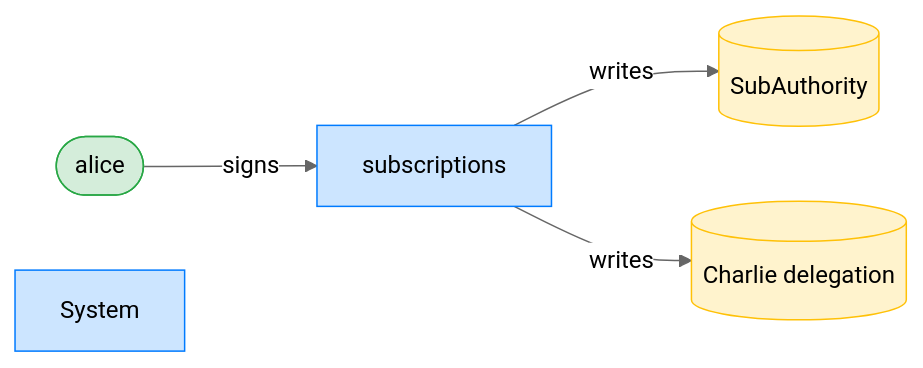
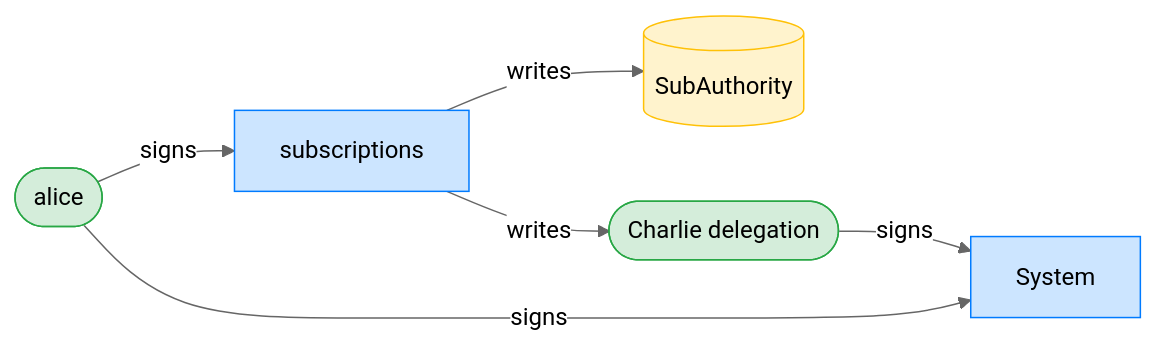
Diagram 11 of 24 in dsl_tests/closing-the-authority-blocks-all-delegations.md (cds-rs/subscriptions), drawn with Mermaid (neutral theme) before and after one commit. The commit also changed other lines of this file and 224 other files, not shown here.

````diff
--- a/dsl_tests/closing-the-authority-blocks-all-delegations.md
+++ b/dsl_tests/closing-the-authority-blocks-all-delegations.md
@@ -203,14 +212,16 @@
 ```mermaid
 flowchart LR
     classDef signer fill:#d4edda,stroke:#28a745;
     classDef program fill:#cce5ff,stroke:#007bff;
     classDef writable fill:#fff3cd,stroke:#ffc107;
     subscriptions[subscriptions]:::program
     alice([alice]):::signer
     SubAuthority[(SubAuthority)]:::writable
-    Charlie_delegation[("Charlie delegation")]:::writable
+    Charlie_delegation(["Charlie delegation"]):::signer
     System[System]:::program
     alice -->|signs| subscriptions
+    alice -->|signs| System
+    Charlie_delegation -->|signs| System
     subscriptions -->|writes| SubAuthority
     subscriptions -->|writes| Charlie_delegation
 ```
````
